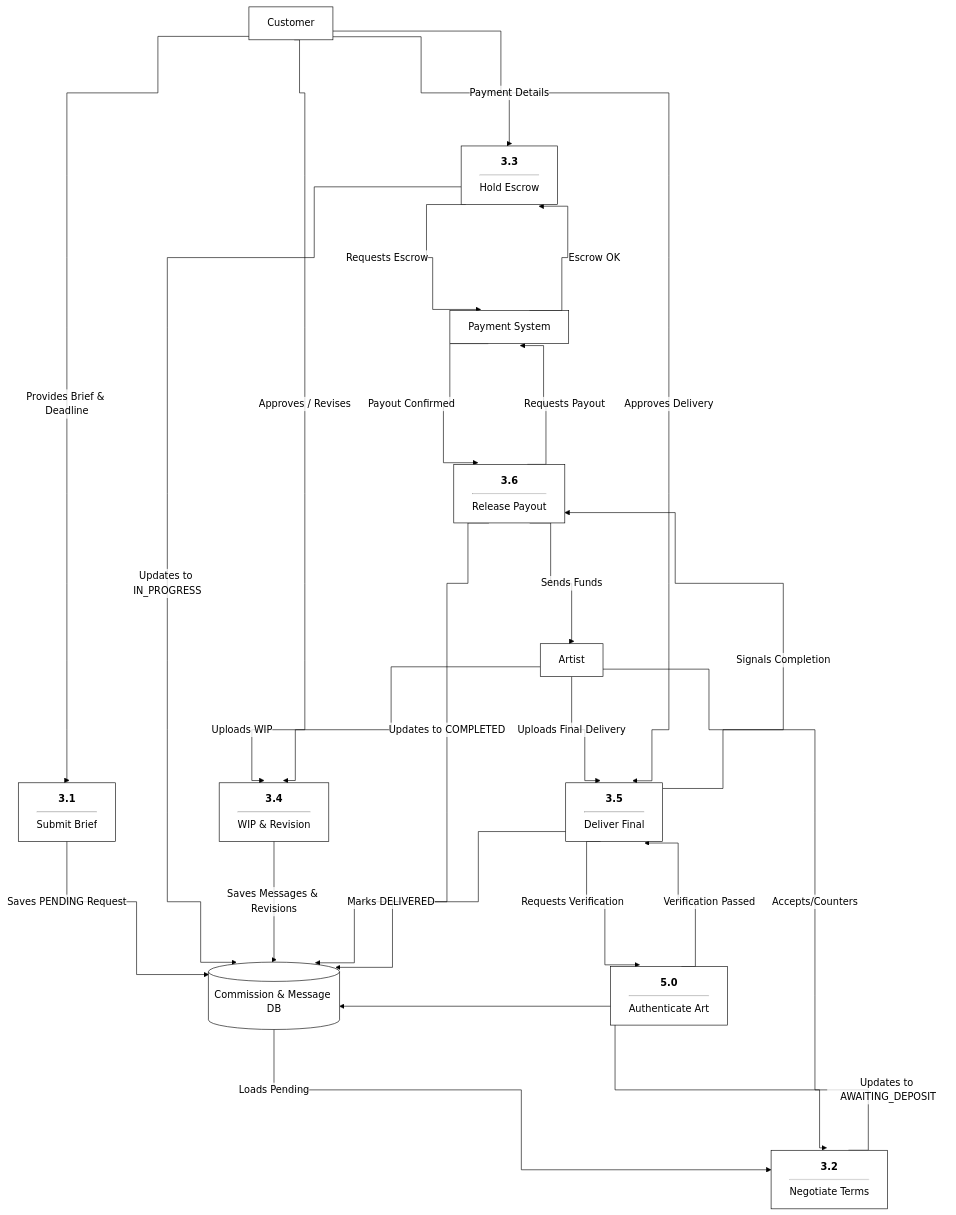
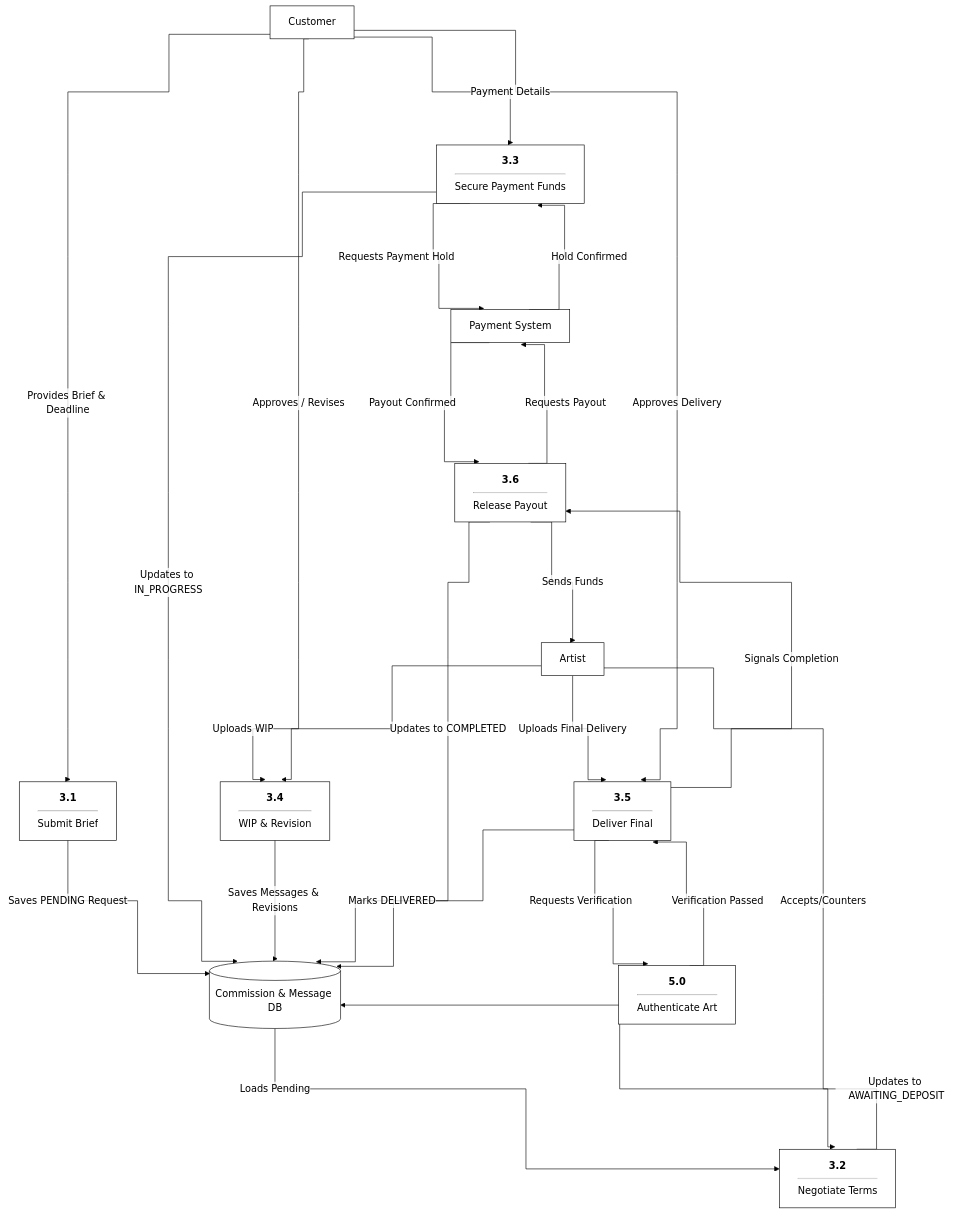
Before and after one commit to binssente-crypto/DFD: the third of 3 diagrams in README.md, drawn with Mermaid. The commit also changed other lines of this file, not shown here.

Commit message:
Generalize 'Escrow' terms to 'Secure Payment' and 'Hold Funds' across DFDs

````diff
--- a/README.md
+++ b/README.md
@@ -92,49 +92,49 @@
 ```mermaid
 %%{init: { 'flowchart': { 'curve': 'step', 'nodeSpacing': 150, 'rankSpacing': 150 }, 'theme': 'base', 'themeVariables': { 'primaryColor': '#ffffff', 'primaryBorderColor': '#000000', 'primaryTextColor': '#000000', 'lineColor': '#000000', 'background': '#ffffff', 'edgeLabelBackground': 'rgba(255, 255, 255, 0.6)' } }}%%
 graph TD
     %% External Entities
     Customer[Customer]
     Artist[Artist]
     
     %% Stores & Services
     Database[(Commission & Message DB)]
     Payment[Payment System]
     P5["<b>5.0</b><hr/>Authenticate Art"]
     
     %% Sub-Processes
     P31["<b>3.1</b><hr/>Submit Brief"]
     P32["<b>3.2</b><hr/>Negotiate Terms"]
-    P33["<b>3.3</b><hr/>Hold Escrow"]
+    P33["<b>3.3</b><hr/>Secure Payment Funds"]
     P34["<b>3.4</b><hr/>WIP & Revision"]
     P35["<b>3.5</b><hr/>Deliver Final"]
     P36["<b>3.6</b><hr/>Release Payout"]
     
     %% Flows
     Customer -- "Provides Brief & Deadline" --> P31
     P31 -- "Saves PENDING Request" --> Database
     
     Database -- "Loads Pending" --> P32
     Artist -- "Accepts/Counters" --> P32
     P32 -- "Updates to AWAITING_DEPOSIT" --> Database
     
     Customer -- "Payment Details" --> P33
-    P33 -- "Requests Escrow" --> Payment
-    Payment -- "Escrow OK" --> P33
+    P33 -- "Requests Payment Hold" --> Payment
+    Payment -- "Hold Confirmed" --> P33
     P33 -- "Updates to IN_PROGRESS" --> Database
     
     Artist -- "Uploads WIP" --> P34
     Customer -- "Approves / Revises" --> P34
     P34 -- "Saves Messages & Revisions" --> Database
     
     Artist -- "Uploads Final Delivery" --> P35
     P35 -- "Requests Verification" --> P5
     P5 -- "Verification Passed" --> P35
     Customer -- "Approves Delivery" --> P35
     P35 -- "Marks DELIVERED" --> Database
     
     P35 -- "Signals Completion" --> P36
     P36 -- "Requests Payout" --> Payment
     Payment -- "Payout Confirmed" --> P36
     P36 -- "Updates to COMPLETED" --> Database
     P36 -- "Sends Funds" --> Artist
 ```
````
